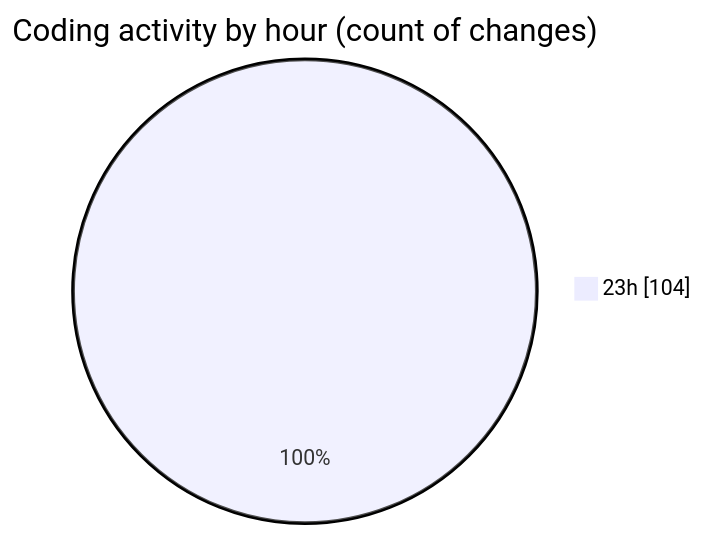
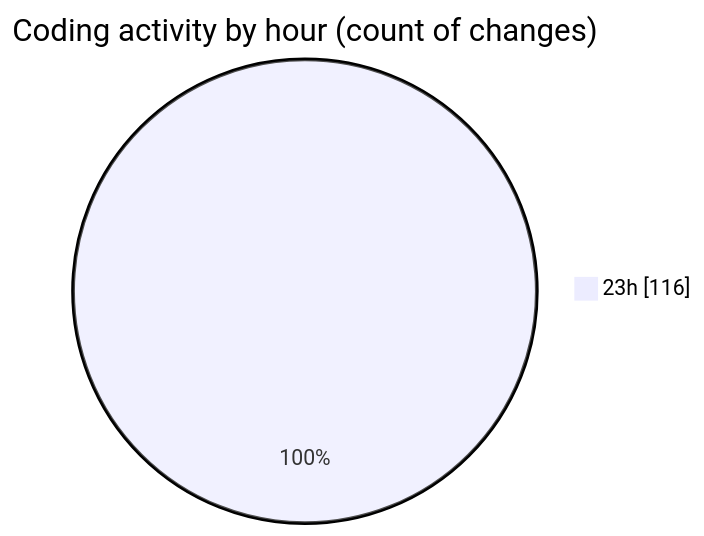
One commit to Ritupan-Deka/code-tracking changed the second of 2 diagrams in 2025-05-25/projects/README.md. Above: the diagram before and after it, drawn with Mermaid. The commit also changed other lines of this file and 1 other file, not shown here.

````diff
--- a/2025-05-25/projects/README.md
+++ b/2025-05-25/projects/README.md
@@ -63,5 +63,5 @@
 ```mermaid
 pie showData
 title Coding activity by hour (count of changes)
-"23h" : 104
+"23h" : 116
 ```
````
